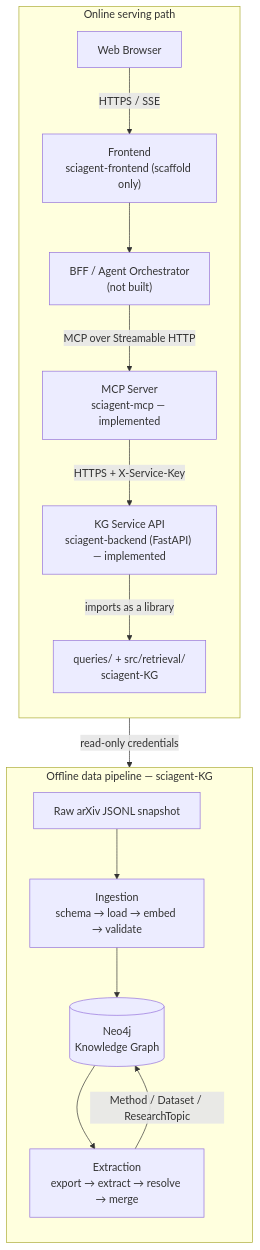
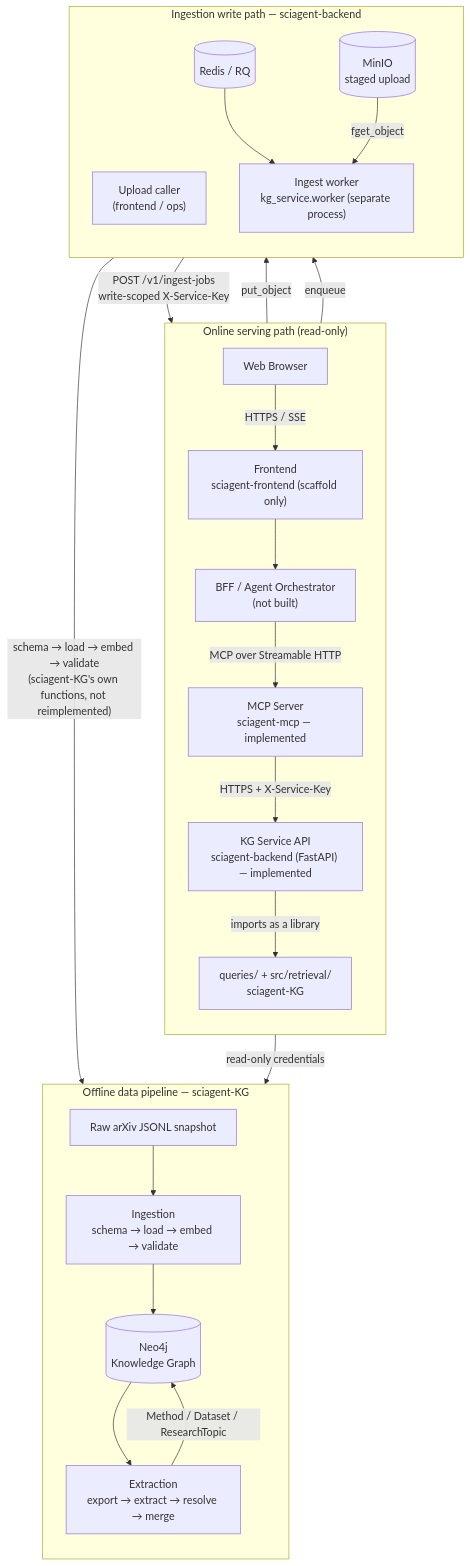
One commit to Khoa-BOB/SciAgent changed the diagram in README.md. Above: the diagram before and after it, drawn with Mermaid. The commit also changed other lines of this file and 31 other files, not shown here.

````diff
--- a/README.md
+++ b/README.md
@@ -21,28 +21,43 @@
 ```mermaid
 flowchart TB
     subgraph Offline["Offline data pipeline — sciagent-KG"]
         direction TB
         RAW[Raw arXiv JSONL snapshot] --> ING["Ingestion
 schema → load → embed → validate"]
         ING --> KGDB[("Neo4j
 Knowledge Graph")]
         KGDB --> EXT["Extraction
 export → extract → resolve → merge"]
         EXT -->|Method / Dataset / ResearchTopic| KGDB
     end
 
-    subgraph Online["Online serving path"]
+    subgraph Online["Online serving path (read-only)"]
         direction TB
         BROWSER["Web Browser"] -->|HTTPS / SSE| FE["Frontend
 sciagent-frontend (scaffold only)"]
         FE --> BFF["BFF / Agent Orchestrator
 (not built)"]
         BFF -->|MCP over Streamable HTTP| MCP["MCP Server
 sciagent-mcp — implemented"]
         MCP -->|HTTPS + X-Service-Key| API["KG Service API
 sciagent-backend (FastAPI) — implemented"]
         API -->|imports as a library| RET["queries/ + src/retrieval/
 sciagent-KG"]
         RET -->|read-only credentials| KGDB
     end
+
+    subgraph Write["Ingestion write path — sciagent-backend"]
+        direction TB
+        UPLOADER["Upload caller
+(frontend / ops)"] -->|"POST /v1/ingest-jobs
+write-scoped X-Service-Key"| API
+        API -->|put_object| MINIO[("MinIO
+staged upload")]
+        API -->|enqueue| QUEUE[("Redis / RQ")]
+        QUEUE --> WORKER["Ingest worker
+kg_service.worker (separate process)"]
+        MINIO -->|fget_object| WORKER
+        WORKER -->|"schema → load → embed → validate
+(sciagent-KG's own functions, not reimplemented)"| KGDB
+    end
 ```
````
